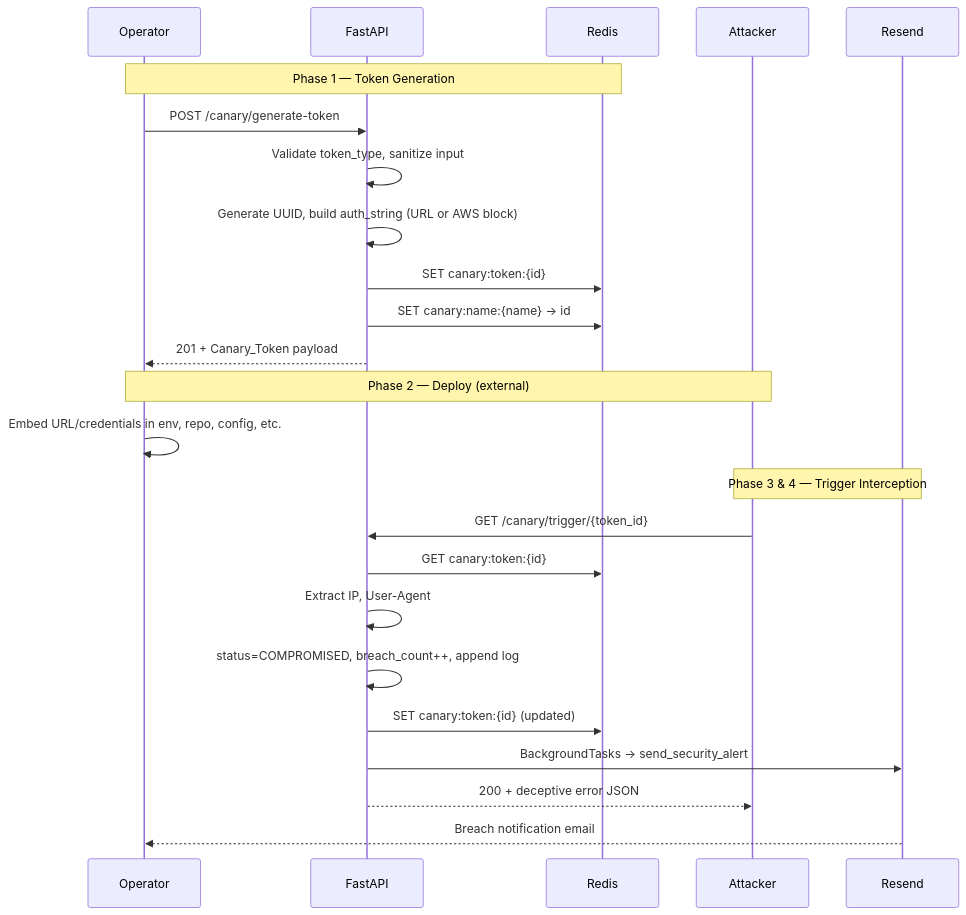
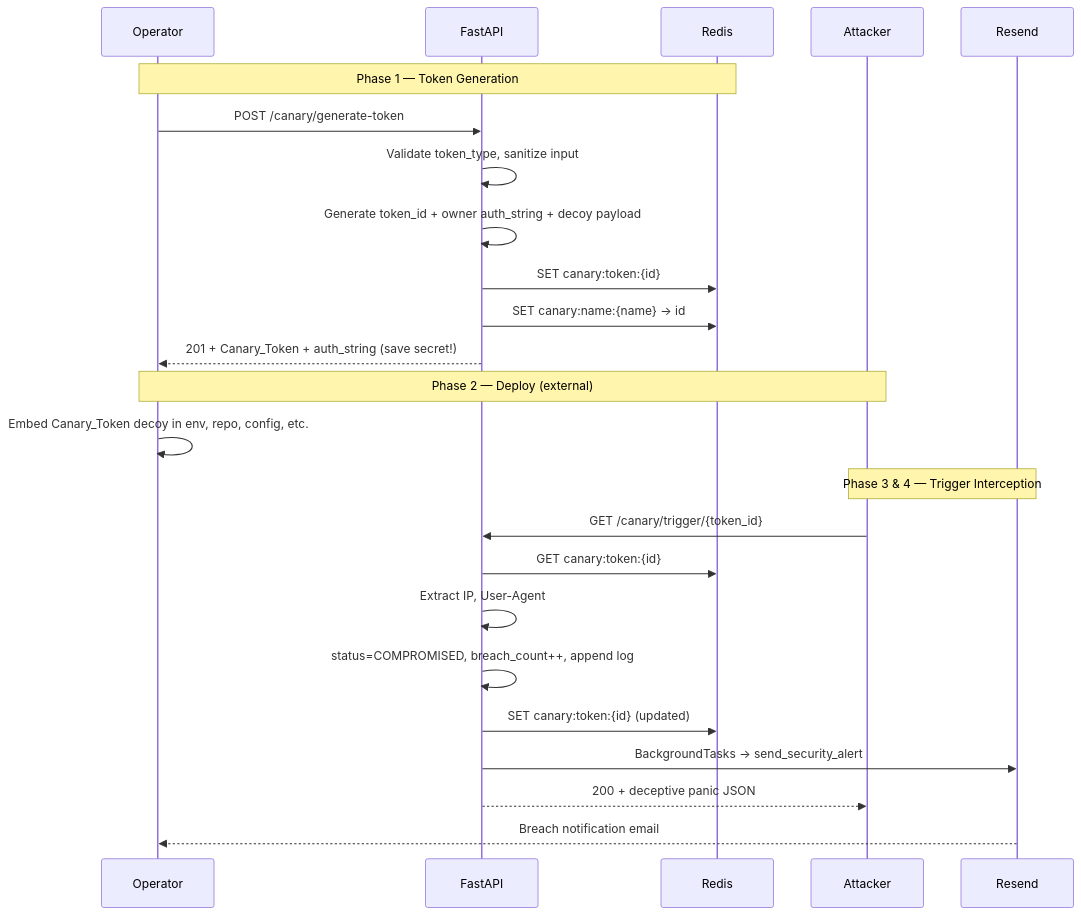
The diagram in DOCS/architecture.md (AWERDdev/sentinel-api), drawn with Mermaid before and after one commit. The commit also changed other lines of this file and 3 other files, not shown here.

````diff
--- a/DOCS/architecture.md
+++ b/DOCS/architecture.md
@@ -102,29 +139,29 @@
 ```mermaid
 sequenceDiagram
     participant Op as Operator
     participant API as FastAPI
     participant R as Redis
     participant Atk as Attacker
     participant Email as Resend
 
     Note over Op,R: Phase 1 — Token Generation
     Op->>API: POST /canary/generate-token
     API->>API: Validate token_type, sanitize input
-    API->>API: Generate UUID, build auth_string (URL or AWS block)
+    API->>API: Generate token_id + owner auth_string + decoy payload
     API->>R: SET canary:token:{id}
     API->>R: SET canary:name:{name} → id
-    API-->>Op: 201 + Canary_Token payload
+    API-->>Op: 201 + Canary_Token + auth_string (save secret!)
 
     Note over Op,Atk: Phase 2 — Deploy (external)
-    Op->>Op: Embed URL/credentials in env, repo, config, etc.
+    Op->>Op: Embed Canary_Token decoy in env, repo, config, etc.
 
     Note over Atk,Email: Phase 3 & 4 — Trigger Interception
     Atk->>API: GET /canary/trigger/{token_id}
     API->>R: GET canary:token:{id}
     API->>API: Extract IP, User-Agent
     API->>API: status=COMPROMISED, breach_count++, append log
     API->>R: SET canary:token:{id} (updated)
     API->>Email: BackgroundTasks → send_security_alert
-    API-->>Atk: 200 + deceptive error JSON
+    API-->>Atk: 200 + deceptive panic JSON
     Email-->>Op: Breach notification email
 ```
````
